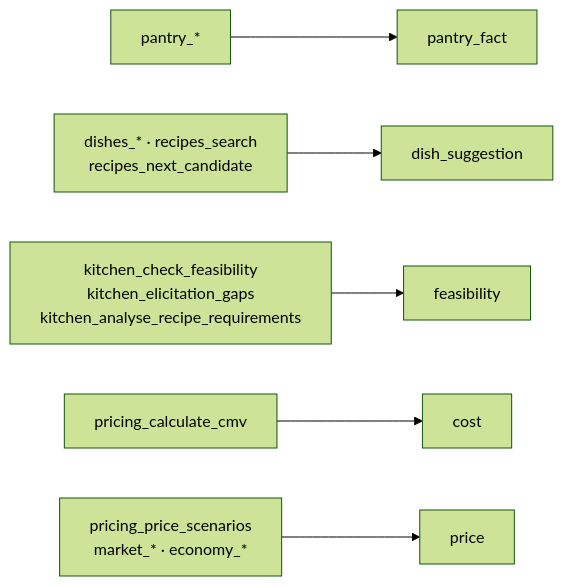
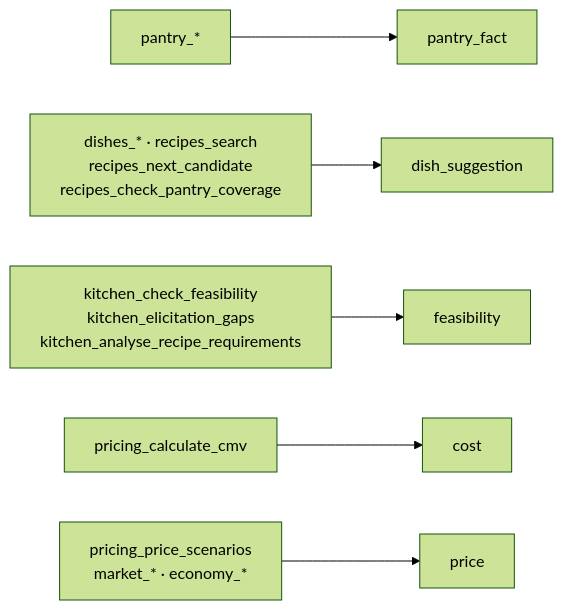
One commit to lrdsouza/jacquinho changed the diagram in docs/metricas.md. Above: the diagram before and after it, drawn with Mermaid (forest theme). The commit also changed other lines of this file and 10 other files, not shown here.

````diff
--- a/docs/metricas.md
+++ b/docs/metricas.md
@@ -140,8 +140,8 @@
 ```mermaid
 flowchart LR
     A["pantry_*"] --> P["pantry_fact"]
-    B["dishes_* · recipes_search<br/>recipes_next_candidate"] --> D["dish_suggestion"]
+    B["dishes_* · recipes_search<br/>recipes_next_candidate<br/>recipes_check_pantry_coverage"] --> D["dish_suggestion"]
     C["kitchen_check_feasibility<br/>kitchen_elicitation_gaps<br/>kitchen_analyse_recipe_requirements"] --> F["feasibility"]
     E["pricing_calculate_cmv"] --> G["cost"]
     H["pricing_price_scenarios<br/>market_* · economy_*"] --> I["price"]
 ```
````
